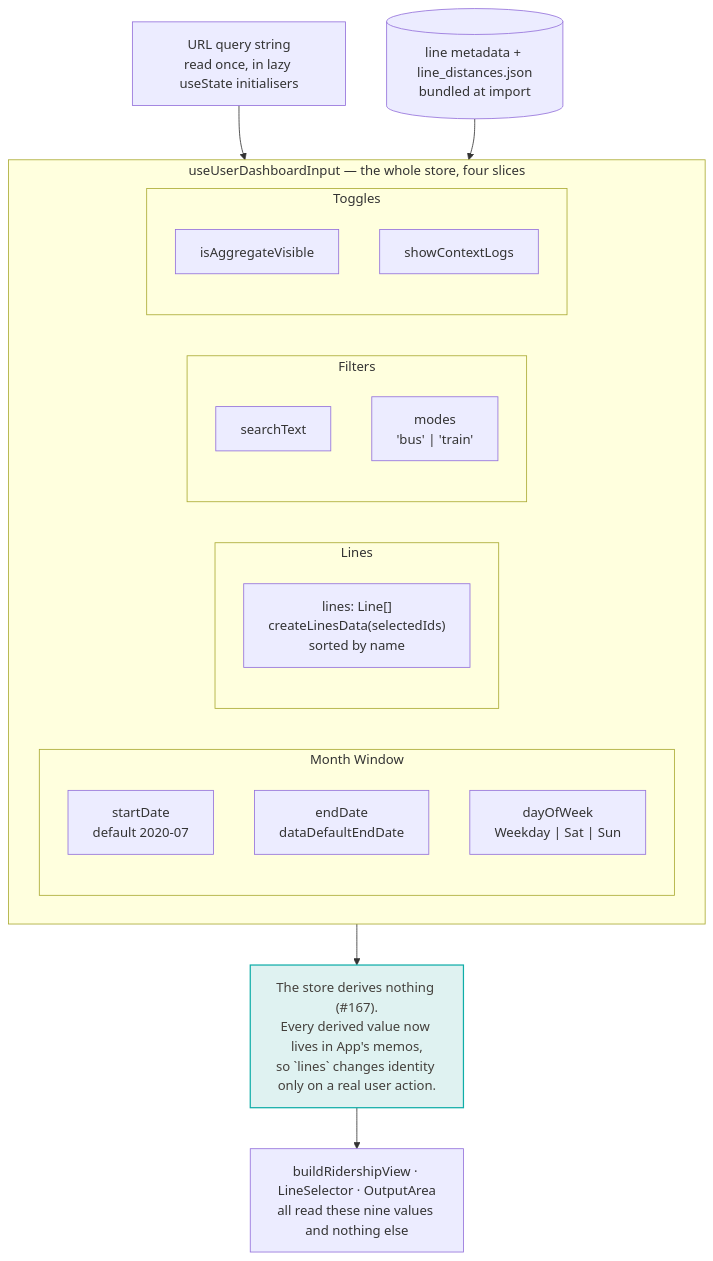
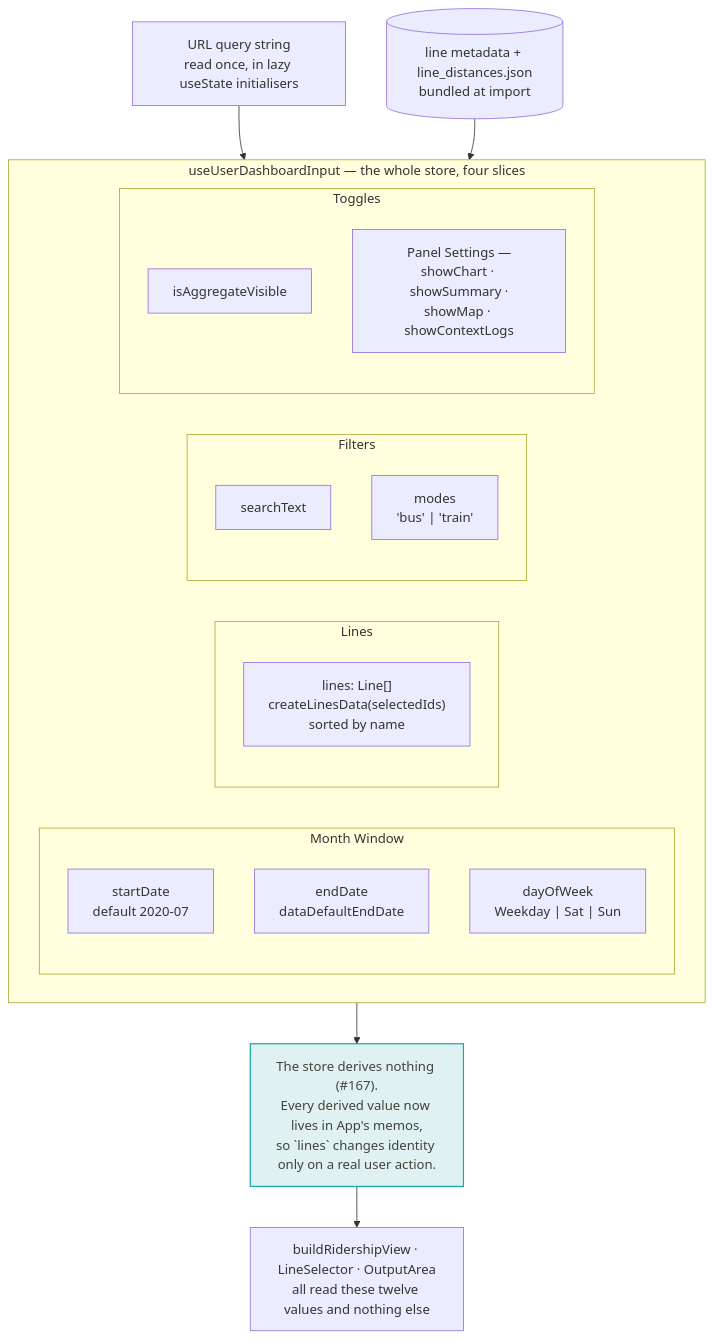
One commit to streetsforall/metro_ridership_app changed the diagram in docs/architecture/mermaid/08-state-slices.mmd. Above: the diagram before and after it, drawn with Mermaid. The commit also changed 32 other files, not shown here.

First line of the commit message:
feat(panels): add a Panel Settings section and settle the panel ids

```diff
--- a/docs/architecture/mermaid/08-state-slices.mmd
+++ b/docs/architecture/mermaid/08-state-slices.mmd
@@ -1,41 +1,41 @@
 flowchart TB
   urlIn["URL query string<br/>read once, in lazy useState initialisers"]
   bundledMeta[("line metadata + line_distances.json<br/>bundled at import")]
 
   subgraph store["useUserDashboardInput — the whole store, four slices"]
     direction LR
 
     subgraph windowSlice["Month Window"]
       direction TB
       startDate["startDate<br/>default 2020-07"]
       endDate["endDate<br/>dataDefaultEndDate"]
       dow["dayOfWeek<br/>Weekday | Sat | Sun"]
     end
 
     subgraph linesSlice["Lines"]
       direction TB
       lines["lines: Line[]<br/>createLinesData(selectedIds)<br/>sorted by name"]
     end
 
     subgraph filterSlice["Filters"]
       direction TB
       search["searchText"]
       modes["modes<br/>'bus' | 'train'"]
     end
 
     subgraph toggleSlice["Toggles"]
       direction TB
       aggregate["isAggregateVisible"]
-      logs["showContextLogs"]
+      panels["Panel Settings —<br/>showChart · showSummary ·<br/>showMap · showContextLogs"]
     end
   end
 
   nothingDerived["The store derives nothing (#167).<br/>Every derived value now lives in App's memos,<br/>so `lines` changes identity only on a real user action."]
-  consumer["buildRidershipView · LineSelector · OutputArea<br/>all read these nine values and nothing else"]
+  consumer["buildRidershipView · LineSelector · OutputArea<br/>all read these twelve values and nothing else"]
 
   urlIn --> store
   bundledMeta --> linesSlice
   store --> nothingDerived --> consumer
 
   classDef key fill:#dff2f1,stroke:#0fada8,stroke-width:1.5px,color:#44403c
   class nothingDerived key
```
